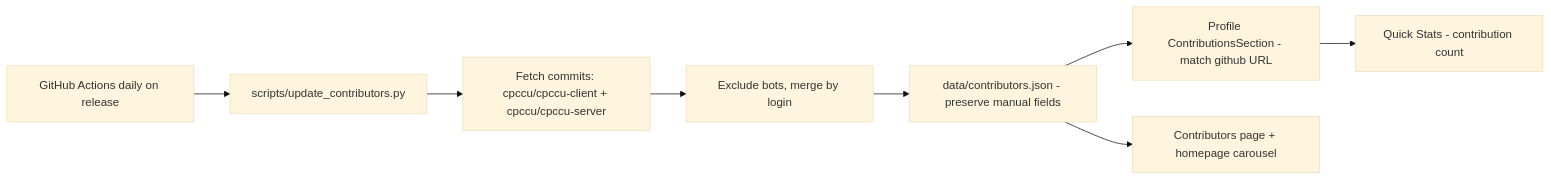
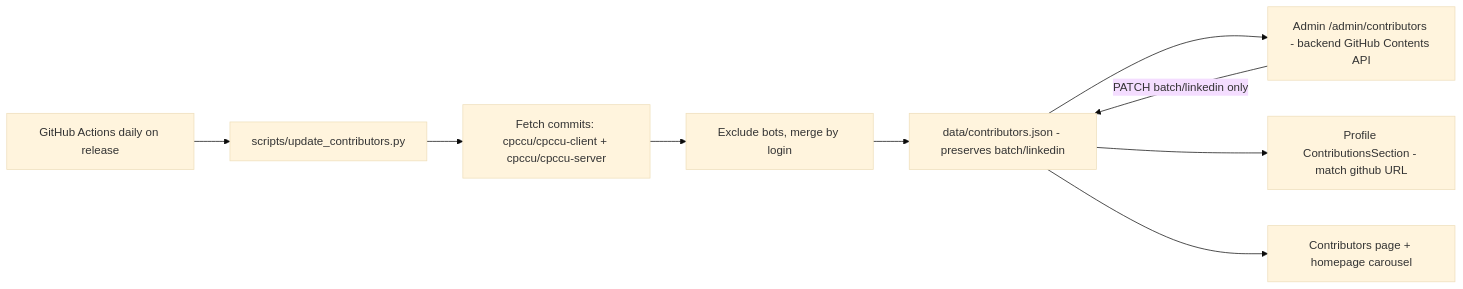
Before and after one commit to cpccu/cpccu-client: the fifth of 5 diagrams in DOCUMENTATION/ARCHITECTURE.md, drawn with Mermaid (base theme). The commit also changed other lines of this file and 11 other files, not shown here.

````diff
--- a/DOCUMENTATION/ARCHITECTURE.md
+++ b/DOCUMENTATION/ARCHITECTURE.md
@@ -389,10 +407,11 @@
 ```mermaid
 flowchart LR
     A[GitHub Actions daily on release] --> B[scripts/update_contributors.py]
     B --> C[Fetch commits: cpccu/cpccu-client + cpccu/cpccu-server]
     C --> D[Exclude bots, merge by login]
-    D --> E[data/contributors.json - preserve manual fields]
-    E --> F[Profile ContributionsSection - match github URL]
-    E --> G[Contributors page + homepage carousel]
-    F --> H[Quick Stats - contribution count]
+    D --> E[data/contributors.json - preserves batch/linkedin]
+    E --> F[Admin /admin/contributors - backend GitHub Contents API]
+    F -->|PATCH batch/linkedin only| E
+    E --> G[Profile ContributionsSection - match github URL]
+    E --> H[Contributors page + homepage carousel]
 ```
````
